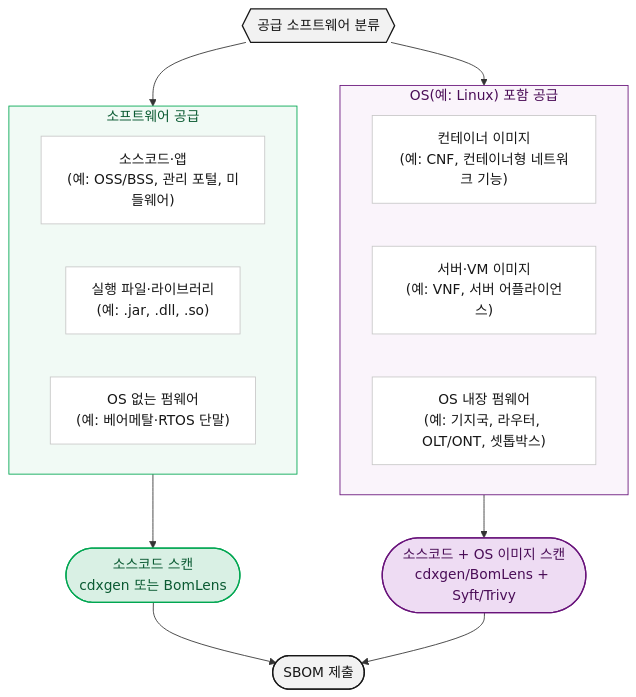
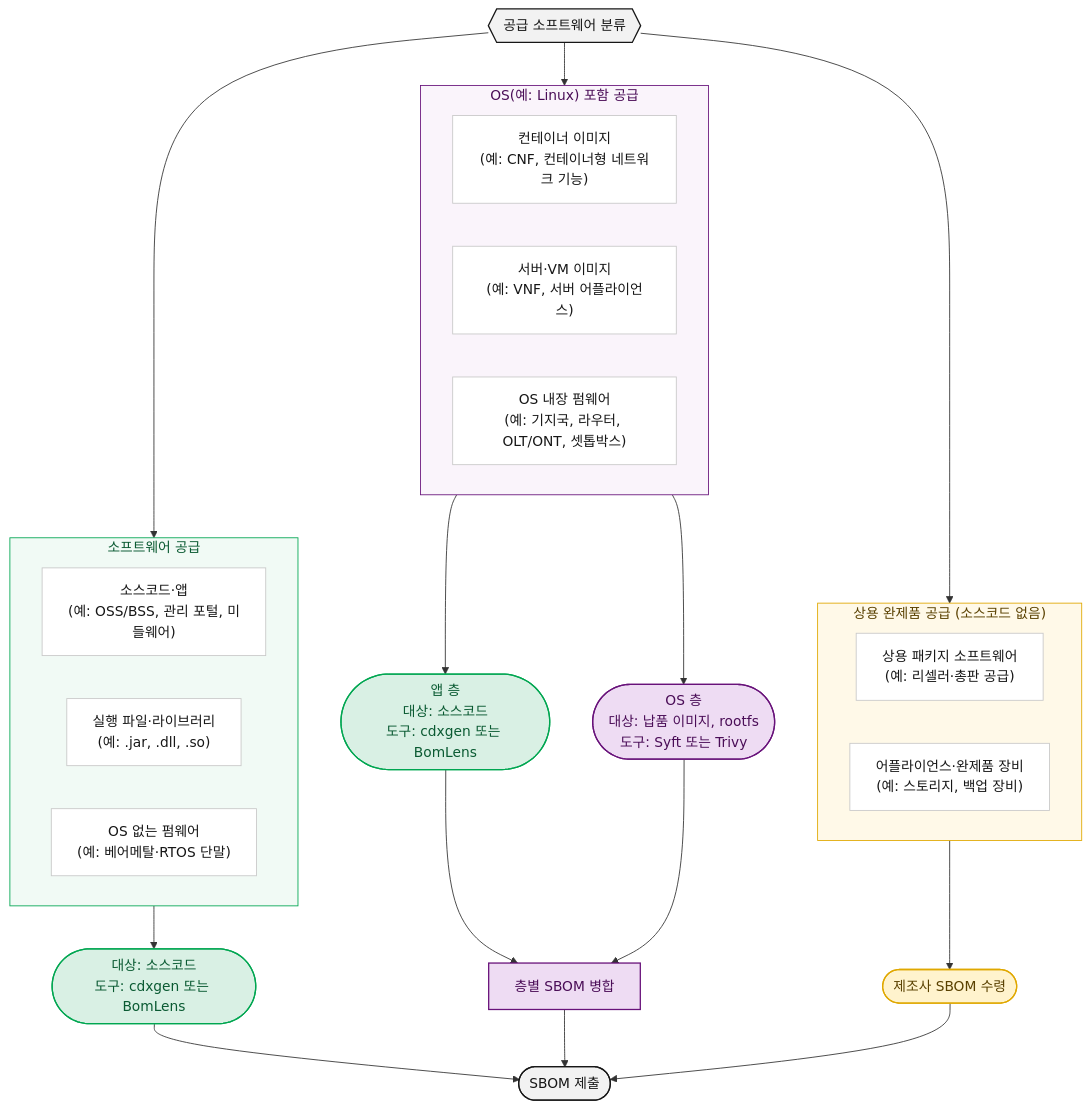
The diagram in content/ko/guide/supply-chain/for-suppliers/creation-guide/_index.md (sktelecom/sktelecom.github.io), drawn with Mermaid before and after one commit. The commit also changed other lines of this file and 15 other files, not shown here.

First line of the commit message:
docs(supply-chain): add commercial software supplier path and clarify tool diagram

````diff
--- a/content/ko/guide/supply-chain/for-suppliers/creation-guide/_index.md
+++ b/content/ko/guide/supply-chain/for-suppliers/creation-guide/_index.md
@@ -14,40 +14,59 @@
 ```mermaid
 graph TD
     A{{"공급 소프트웨어 분류"}}
 
     subgraph G1["소프트웨어 공급"]
       direction LR
       T1["소스코드·앱<br>(예: OSS/BSS, 관리 포털, 미들웨어)"]
       T2["실행 파일·라이브러리<br>(예: .jar, .dll, .so)"]
       T3["OS 없는 펌웨어<br>(예: 베어메탈·RTOS 단말)"]
     end
 
     subgraph G2["OS(예: Linux) 포함 공급"]
       direction LR
       T4["컨테이너 이미지<br>(예: CNF, 컨테이너형 네트워크 기능)"]
       T5["서버·VM 이미지<br>(예: VNF, 서버 어플라이언스)"]
       T6["OS 내장 펌웨어<br>(예: 기지국, 라우터, OLT/ONT, 셋톱박스)"]
     end
 
+    subgraph G3["상용 완제품 공급 (소스코드 없음)"]
+      direction LR
+      T7["상용 패키지 소프트웨어<br>(예: 리셀러·총판 공급)"]
+      T8["어플라이언스·완제품 장비<br>(예: 스토리지, 백업 장비)"]
+    end
+
     A --> G1
     A --> G2
-    G1 --> M1(["소스코드 스캔<br>cdxgen 또는 BomLens"])
-    G2 --> M2(["소스코드 + OS 이미지 스캔<br>cdxgen/BomLens + Syft/Trivy"])
+    A --> G3
+
+    G1 --> M1(["대상: 소스코드<br>도구: cdxgen 또는 BomLens"])
+
+    G2 --> L1(["앱 층<br>대상: 소스코드<br>도구: cdxgen 또는 BomLens"])
+    G2 --> L2(["OS 층<br>대상: 납품 이미지, rootfs<br>도구: Syft 또는 Trivy"])
+    L1 --> MG["층별 SBOM 병합"]
+    L2 --> MG
+
+    G3 --> M3(["제조사 SBOM 수령"])
+
     M1 --> P(["SBOM 제출"])
-    M2 --> P
+    MG --> P
+    M3 --> P
 
     classDef start fill:#F2F2F2,stroke:#171717,color:#171717,stroke-width:1.5px
     classDef typebox fill:#ffffff,stroke:#c8c8c8,color:#171717,stroke-width:1px
     classDef source fill:#D9F0E4,stroke:#00A651,color:#0A5A32,stroke-width:1.5px
     classDef osmerge fill:#EEDCF3,stroke:#68127A,color:#4A0D57,stroke-width:1.5px
+    classDef vendor fill:#FFF3CD,stroke:#E0A800,color:#5A4100,stroke-width:1.5px
     classDef submit fill:#F2F2F2,stroke:#171717,color:#171717,stroke-width:1.5px
 
     class A start
-    class T1,T2,T3,T4,T5,T6 typebox
-    class M1 source
-    class M2 osmerge
+    class T1,T2,T3,T4,T5,T6,T7,T8 typebox
+    class M1,L1 source
+    class L2,MG osmerge
+    class M3 vendor
     class P submit
 
     style G1 fill:#F1FAF5,stroke:#00A651,stroke-width:1px,color:#0A5A32
     style G2 fill:#FAF4FB,stroke:#68127A,stroke-width:1px,color:#4A0D57
+    style G3 fill:#FFF9E8,stroke:#E0A800,stroke-width:1px,color:#5A4100
 ```
````
